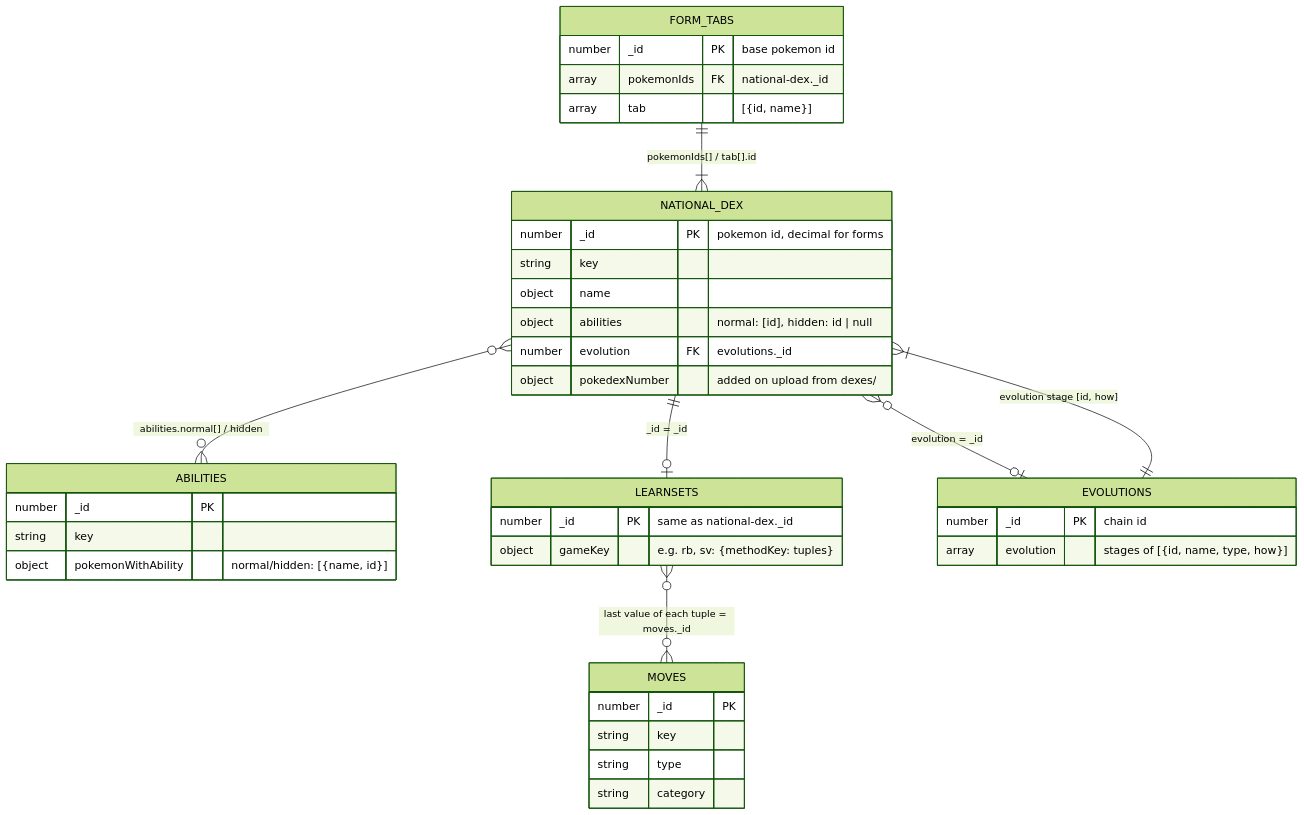
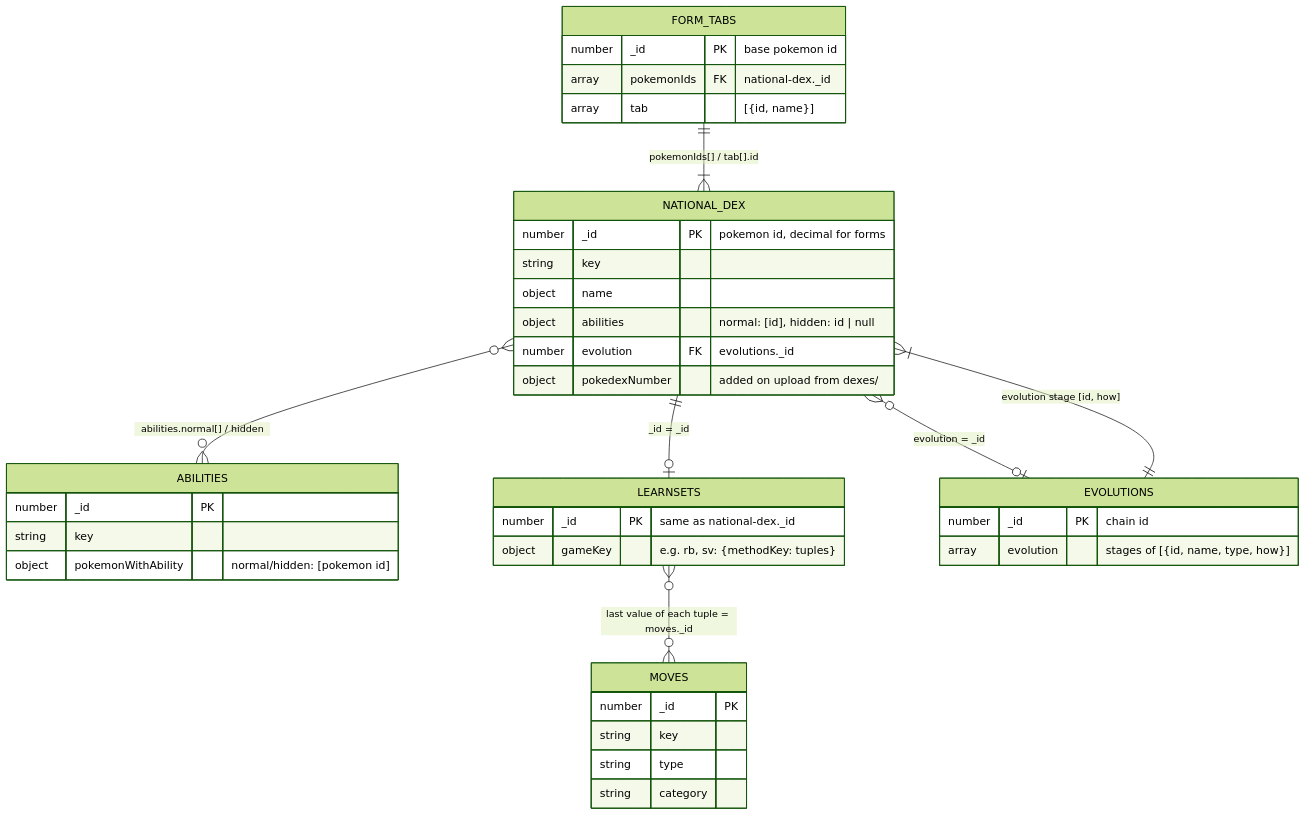
Before and after one commit to Fenrisulfr-33/pokemon-database: the first of 2 diagrams in docs/README.md, drawn with Mermaid (forest theme). The commit also changed other lines of this file and 307 other files, not shown here.

First line of the commit message:
Rebuild pokemonWithAbility as id lists from the pokedex

````diff
--- a/docs/README.md
+++ b/docs/README.md
@@ -35,42 +35,42 @@
 ```mermaid
 erDiagram
     NATIONAL_DEX {
         number _id PK "pokemon id, decimal for forms"
         string key
         object name
         object abilities "normal: [id], hidden: id | null"
         number evolution FK "evolutions._id"
         object pokedexNumber "added on upload from dexes/"
     }
     ABILITIES {
         number _id PK
         string key
-        object pokemonWithAbility "normal/hidden: [{name, id}]"
+        object pokemonWithAbility "normal/hidden: [pokemon id]"
     }
     MOVES {
         number _id PK
         string key
         string type
         string category
     }
     LEARNSETS {
         number _id PK "same as national-dex._id"
         object gameKey "e.g. rb, sv: {methodKey: tuples}"
     }
     EVOLUTIONS {
         number _id PK "chain id"
         array evolution "stages of [{id, name, type, how}]"
     }
     FORM_TABS {
         number _id PK "base pokemon id"
         array pokemonIds FK "national-dex._id"
         array tab "[{id, name}]"
     }
 
     NATIONAL_DEX ||--o| LEARNSETS : "_id = _id"
     NATIONAL_DEX }o--o{ ABILITIES : "abilities.normal[] / hidden"
     LEARNSETS }o--o{ MOVES : "last value of each tuple = moves._id"
     NATIONAL_DEX }o--o| EVOLUTIONS : "evolution = _id"
     EVOLUTIONS ||--|{ NATIONAL_DEX : "evolution stage [id, how]"
     FORM_TABS ||--|{ NATIONAL_DEX : "pokemonIds[] / tab[].id"
 ```
````
